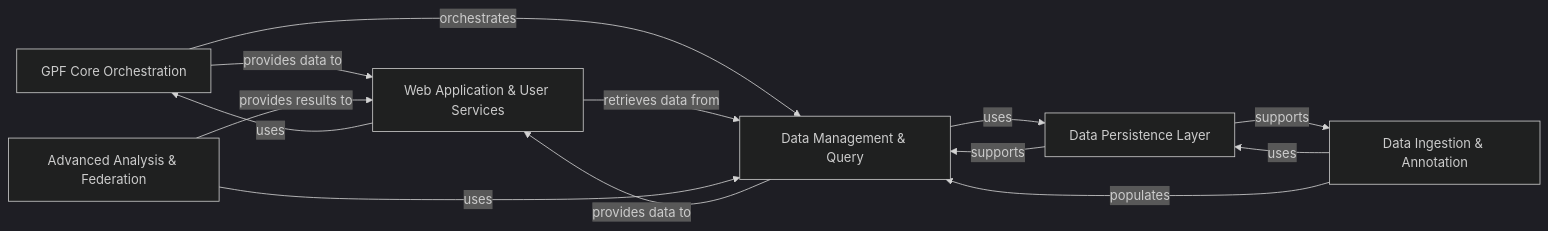
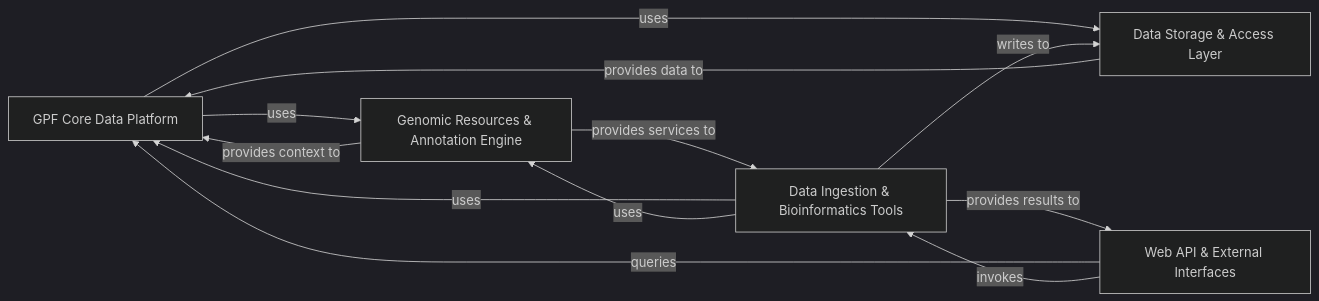
Before and after one commit to CodeBoarding/GeneratedOnBoardings: the diagram in gpf/on_boarding.md, drawn with Mermaid (dark theme). The commit also changed other lines of this file and 74 other files, not shown here.

````diff
--- a/gpf/on_boarding.md
+++ b/gpf/on_boarding.md
@@ -1,27 +1,24 @@
 ```mermaid
 graph LR
-    GPF_Core_Orchestration["GPF Core Orchestration"]
-    Data_Management_Query["Data Management & Query"]
-    Data_Ingestion_Annotation["Data Ingestion & Annotation"]
-    Web_Application_User_Services["Web Application & User Services"]
-    Advanced_Analysis_Federation["Advanced Analysis & Federation"]
-    Data_Persistence_Layer["Data Persistence Layer"]
-    GPF_Core_Orchestration -- "provides data to" --> Web_Application_User_Services
-    GPF_Core_Orchestration -- "orchestrates" --> Data_Management_Query
-    Data_Management_Query -- "uses" --> Data_Persistence_Layer
-    Data_Management_Query -- "provides data to" --> Web_Application_User_Services
-    Data_Ingestion_Annotation -- "uses" --> Data_Persistence_Layer
-    Data_Ingestion_Annotation -- "populates" --> Data_Management_Query
-    Web_Application_User_Services -- "uses" --> GPF_Core_Orchestration
-    Web_Application_User_Services -- "retrieves data from" --> Data_Management_Query
-    Advanced_Analysis_Federation -- "uses" --> Data_Management_Query
-    Advanced_Analysis_Federation -- "provides results to" --> Web_Application_User_Services
-    Data_Persistence_Layer -- "supports" --> Data_Management_Query
-    Data_Persistence_Layer -- "supports" --> Data_Ingestion_Annotation
-    click GPF_Core_Orchestration href "https://github.com/CodeBoarding/GeneratedOnBoardings/blob/main//gpf/GPF_Core_Orchestration.md" "Details"
-    click Data_Management_Query href "https://github.com/CodeBoarding/GeneratedOnBoardings/blob/main//gpf/Data_Management_Query.md" "Details"
-    click Data_Ingestion_Annotation href "https://github.com/CodeBoarding/GeneratedOnBoardings/blob/main//gpf/Data_Ingestion_Annotation.md" "Details"
-    click Web_Application_User_Services href "https://github.com/CodeBoarding/GeneratedOnBoardings/blob/main//gpf/Web_Application_User_Services.md" "Details"
-    click Advanced_Analysis_Federation href "https://github.com/CodeBoarding/GeneratedOnBoardings/blob/main//gpf/Advanced_Analysis_Federation.md" "Details"
-    click Data_Persistence_Layer href "https://github.com/CodeBoarding/GeneratedOnBoardings/blob/main//gpf/Data_Persistence_Layer.md" "Details"
+    GPF_Core_Data_Platform["GPF Core Data Platform"]
+    Data_Storage_Access_Layer["Data Storage & Access Layer"]
+    Genomic_Resources_Annotation_Engine["Genomic Resources & Annotation Engine"]
+    Data_Ingestion_Bioinformatics_Tools["Data Ingestion & Bioinformatics Tools"]
+    Web_API_External_Interfaces["Web API & External Interfaces"]
+    GPF_Core_Data_Platform -- "uses" --> Data_Storage_Access_Layer
+    GPF_Core_Data_Platform -- "uses" --> Genomic_Resources_Annotation_Engine
+    Data_Ingestion_Bioinformatics_Tools -- "uses" --> GPF_Core_Data_Platform
+    Web_API_External_Interfaces -- "queries" --> GPF_Core_Data_Platform
+    Data_Storage_Access_Layer -- "provides data to" --> GPF_Core_Data_Platform
+    Data_Ingestion_Bioinformatics_Tools -- "writes to" --> Data_Storage_Access_Layer
+    Genomic_Resources_Annotation_Engine -- "provides context to" --> GPF_Core_Data_Platform
+    Genomic_Resources_Annotation_Engine -- "provides services to" --> Data_Ingestion_Bioinformatics_Tools
+    Data_Ingestion_Bioinformatics_Tools -- "uses" --> Genomic_Resources_Annotation_Engine
+    Data_Ingestion_Bioinformatics_Tools -- "provides results to" --> Web_API_External_Interfaces
+    Web_API_External_Interfaces -- "invokes" --> Data_Ingestion_Bioinformatics_Tools
+    click GPF_Core_Data_Platform href "https://github.com/CodeBoarding/GeneratedOnBoardings/blob/main/gpf/GPF_Core_Data_Platform.md" "Details"
+    click Data_Storage_Access_Layer href "https://github.com/CodeBoarding/GeneratedOnBoardings/blob/main/gpf/Data_Storage_Access_Layer.md" "Details"
+    click Genomic_Resources_Annotation_Engine href "https://github.com/CodeBoarding/GeneratedOnBoardings/blob/main/gpf/Genomic_Resources_Annotation_Engine.md" "Details"
+    click Data_Ingestion_Bioinformatics_Tools href "https://github.com/CodeBoarding/GeneratedOnBoardings/blob/main/gpf/Data_Ingestion_Bioinformatics_Tools.md" "Details"
+    click Web_API_External_Interfaces href "https://github.com/CodeBoarding/GeneratedOnBoardings/blob/main/gpf/Web_API_External_Interfaces.md" "Details"
 ```
````
